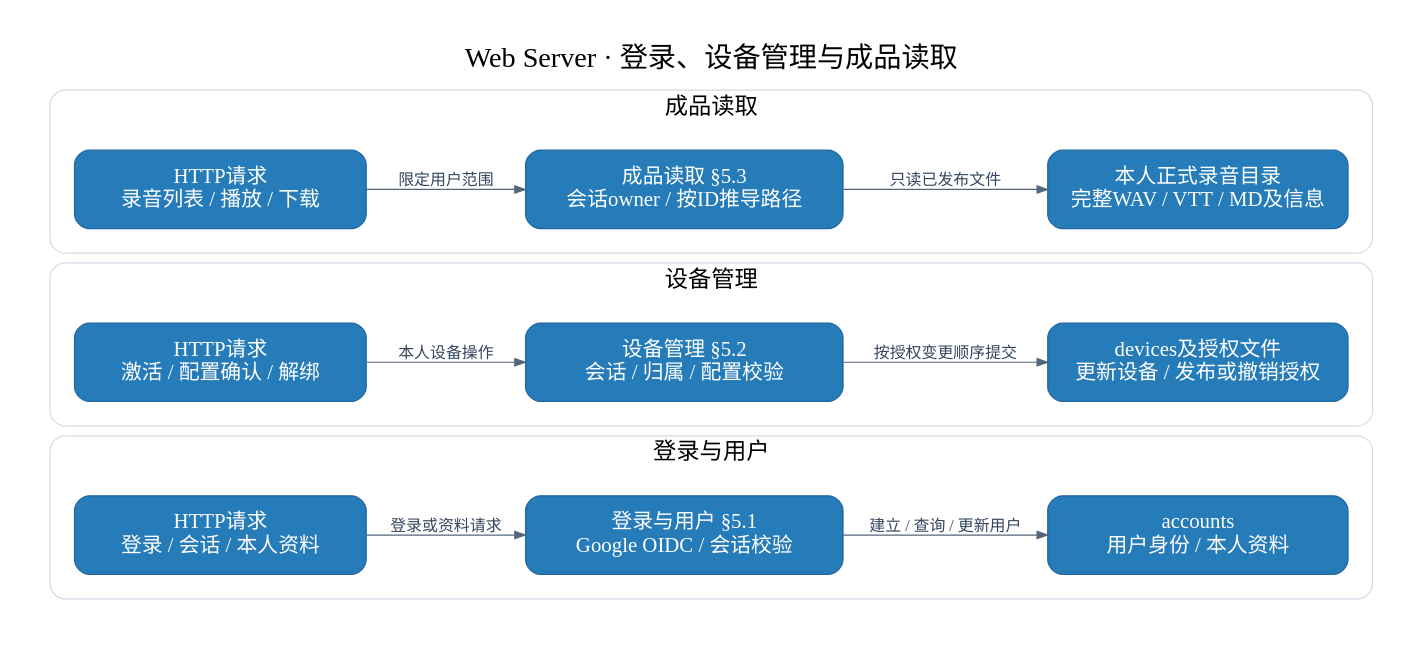
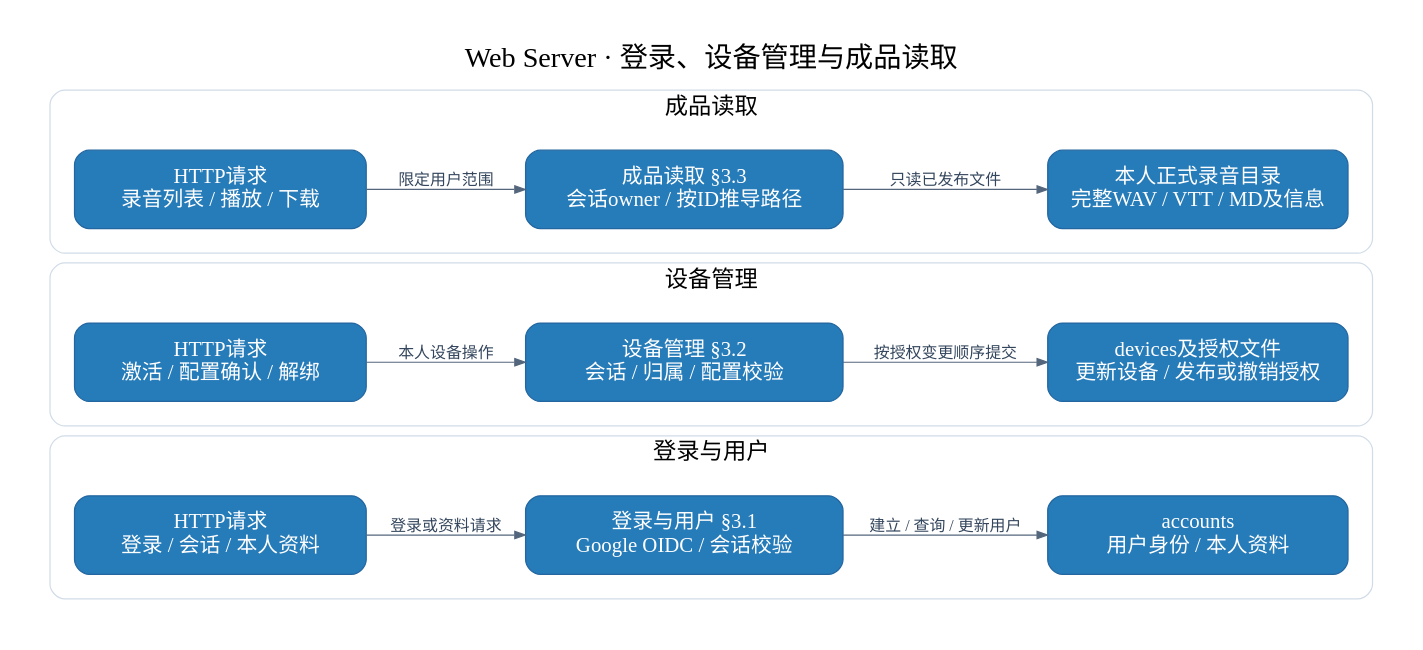
Before and after one commit to boboliu-1010/speaker: the diagram in docs/assets/diagrams/10-web-components.dot, drawn with Graphviz. The commit also changed 8 other files, not shown here.

```diff
--- a/docs/assets/diagrams/10-web-components.dot
+++ b/docs/assets/diagrams/10-web-components.dot
@@ -1,35 +1,35 @@
 digraph G {
 graph [rankdir=LR, bgcolor="white", pad="0.35", nodesep="0.45", ranksep="0.55", splines=line, fontname="PingFang SC", fontsize=23, labelloc=t, label="Web Server · 登录、设备管理与成品读取"];
 node [shape=box, style="rounded,filled", fillcolor="#267bb9", color="#2366a0", fontcolor=white, fontname="PingFang SC", fontsize=17, margin="0.22,0.18"];
 edge [fontname="PingFang SC", fontsize=13, color="#53667c", fontcolor="#34465d", arrowsize=0.85];
 subgraph cluster_0 { label="登录与用户"; color="#d1dce8"; style=rounded; fontsize=19; margin=20;
 auth_api [width=3.30, label="HTTP请求
 登录 / 会话 / 本人资料"];
-user [width=3.60, label="登录与用户 §5.1
+user [width=3.60, label="登录与用户 §3.1
 Google OIDC / 会话校验"];
 account [width=3.40, label="accounts
 用户身份 / 本人资料"];
 auth_api -> user [label="登录或资料请求"];
 user -> account [label="建立 / 查询 / 更新用户"];
 }
 subgraph cluster_1 { label="设备管理"; color="#d1dce8"; style=rounded; fontsize=19; margin=20;
 device_api [width=3.30, label="HTTP请求
 激活 / 配置确认 / 解绑"];
-device [width=3.60, label="设备管理 §5.2
+device [width=3.60, label="设备管理 §3.2
 会话 / 归属 / 配置校验"];
 project [width=3.40, label="devices及授权文件
 更新设备 / 发布或撤销授权"];
 device_api -> device [label="本人设备操作"];
 device -> project [label="按授权变更顺序提交"];
 }
 subgraph cluster_2 { label="成品读取"; color="#d1dce8"; style=rounded; fontsize=19; margin=20;
 record_api [width=3.30, label="HTTP请求
 录音列表 / 播放 / 下载"];
-read [width=3.60, label="成品读取 §5.3
+read [width=3.60, label="成品读取 §3.3
 会话owner / 按ID推导路径"];
 files [width=3.40, label="本人正式录音目录
 完整WAV / VTT / MD及信息"];
 record_api -> read [label="限定用户范围"];
 read -> files [label="只读已发布文件"];
 }
 }
```
